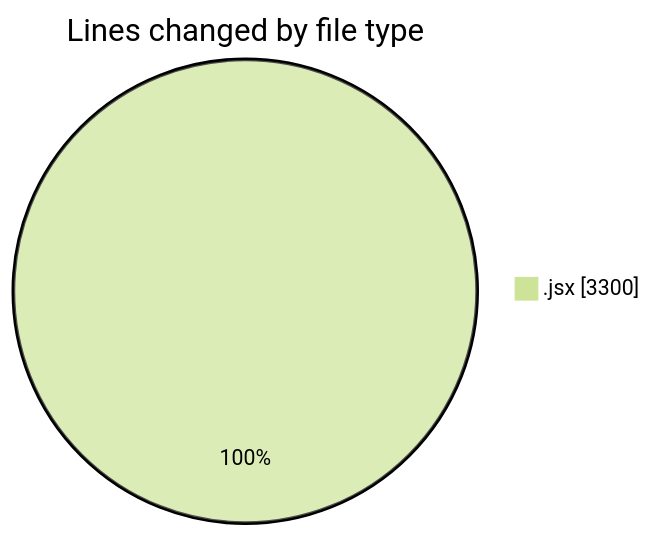
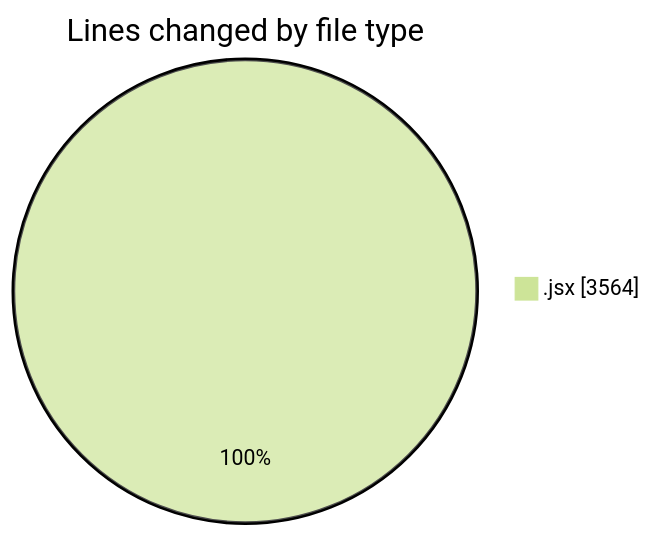
The first of 2 diagrams in 2025-07-15/argos/README.md (nxtqubesakshisongat/code-tracking), drawn with Mermaid (forest theme) before and after one commit. The commit also changed other lines of this file and 1 other file, not shown here.

````diff
--- a/2025-07-15/argos/README.md
+++ b/2025-07-15/argos/README.md
@@ -25,5 +26,5 @@
 ```mermaid
 pie showData
 title Lines changed by file type
-".jsx" : 3300
+".jsx" : 3564
 ```
````
